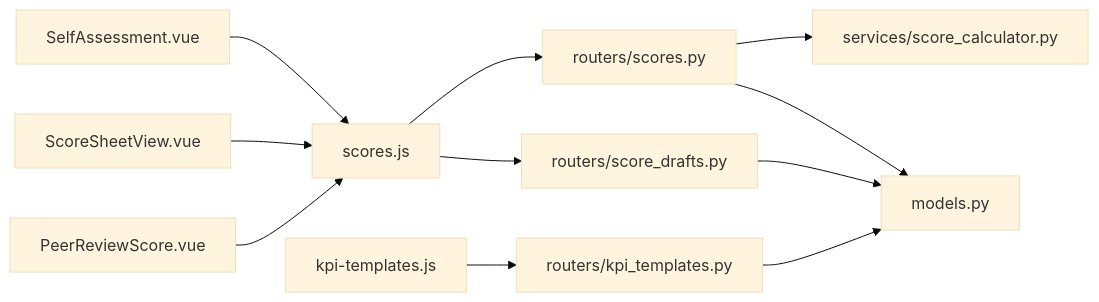
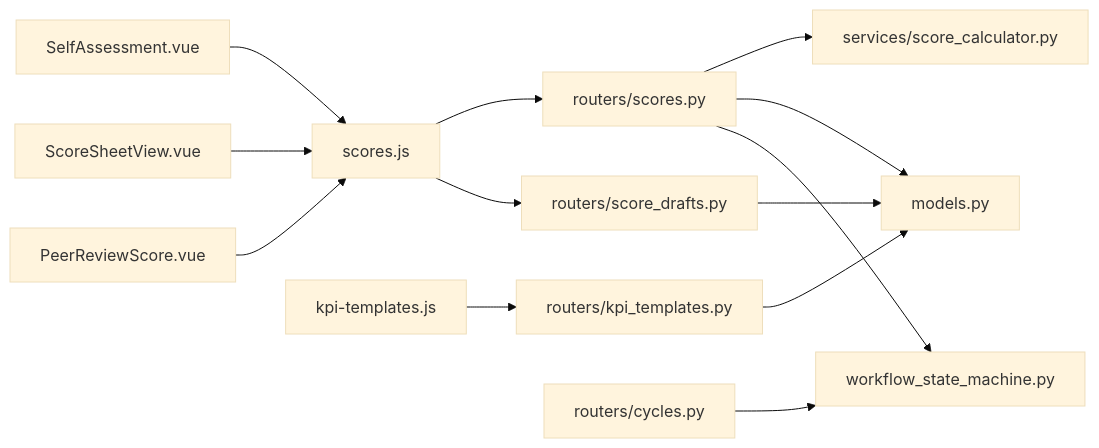
The eighth of 8 diagrams in .qoder/repowiki/zh/content/评分系统/评分系统.md (xgd561/performance_evaluation_system), drawn with Mermaid (base theme) before and after one commit. The commit also changed other lines of this file and 136 other files, not shown here.

````diff
--- a/.qoder/repowiki/zh/content/评分系统/评分系统.md
+++ b/.qoder/repowiki/zh/content/评分系统/评分系统.md
@@ -369,13 +421,15 @@
 ```mermaid
 graph LR
 SA["SelfAssessment.vue"] --> SC_API["scores.js"]
 MS["ScoreSheetView.vue"] --> SC_API
 PR["PeerReviewScore.vue"] --> SC_API
 SC_API --> R_SCORES["routers/scores.py"]
 SC_API --> R_DRAFT["routers/score_drafts.py"]
 KT_API["kpi-templates.js"] --> R_KT["routers/kpi_templates.py"]
 R_SCORES --> SVC_CALC["services/score_calculator.py"]
 R_SCORES --> MODELS["models.py"]
 R_KT --> MODELS
 R_DRAFT --> MODELS
+R_SCORES --> STATE_MACHINE["workflow_state_machine.py"]
+R_CYCLES["routers/cycles.py"] --> STATE_MACHINE
 ```
````
